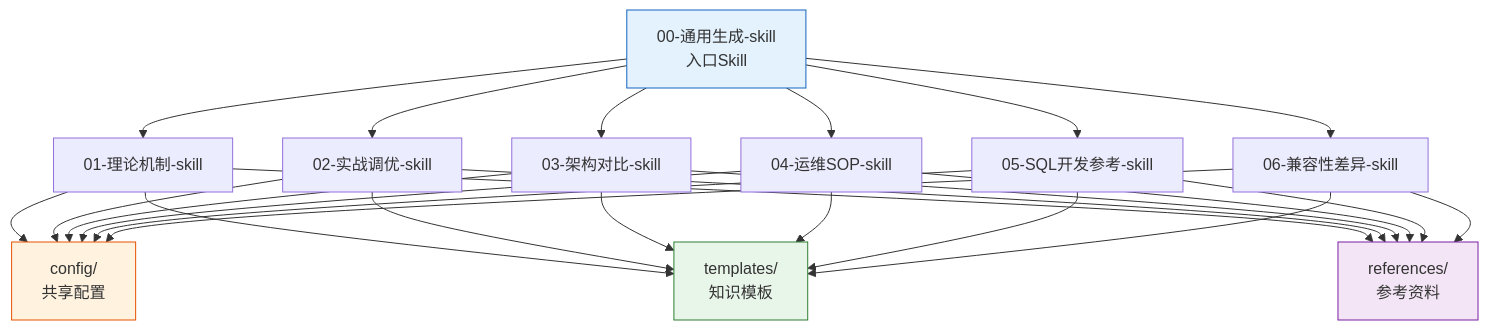
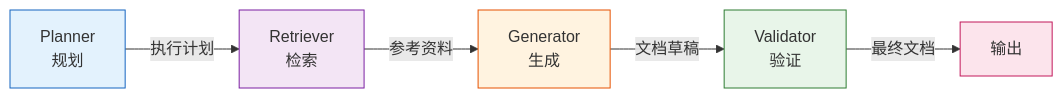
The seventh of 13 diagrams in README.md (heyyang0210/kb-builder), drawn with Mermaid before and after one commit. The commit also changed other lines of this file and 23 other files, not shown here.

````diff
--- a/README.md
+++ b/README.md
@@ -392,18 +337,13 @@
 ```mermaid
-graph TB
-    ENTRY["00-通用生成-skill<br>入口Skill"] --> S1["01-理论机制-skill"]
-    ENTRY --> S2["02-实战调优-skill"]
-    ENTRY --> S3["03-架构对比-skill"]
-    ENTRY --> S4["04-运维SOP-skill"]
-    ENTRY --> S5["05-SQL开发参考-skill"]
-    ENTRY --> S6["06-兼容性差异-skill"]
+graph LR
+    P[Planner<br>规划] -->|执行计划| R[Retriever<br>检索]
+    R -->|参考资料| G[Generator<br>生成]
+    G -->|文档草稿| V[Validator<br>验证]
+    V -->|最终文档| O[输出]
     
-    S1 & S2 & S3 & S4 & S5 & S6 --> CFG["config/<br>共享配置"]
-    S1 & S2 & S3 & S4 & S5 & S6 --> TPL["templates/<br>知识模板"]
-    S1 & S2 & S3 & S4 & S5 & S6 --> REF["references/<br>参考资料"]
-    
-    style ENTRY fill:#e3f2fd,stroke:#1565c0
-    style CFG fill:#fff3e0,stroke:#e65100
-    style TPL fill:#e8f5e9,stroke:#2e7d32
-    style REF fill:#f3e5f5,stroke:#7b1fa2
+    style P fill:#e3f2fd,stroke:#1565c0
+    style R fill:#f3e5f5,stroke:#7b1fa2
+    style G fill:#fff3e0,stroke:#e65100
+    style V fill:#e8f5e9,stroke:#2e7d32
+    style O fill:#fce4ec,stroke:#c2185b
 ```
````
